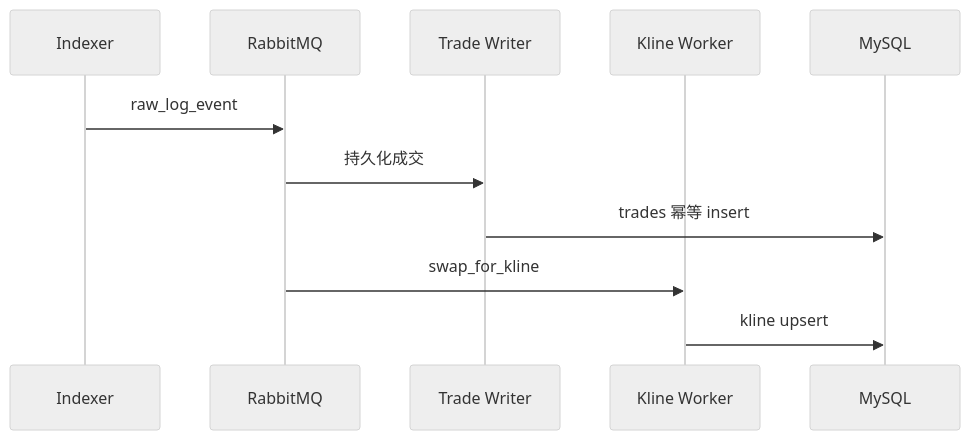
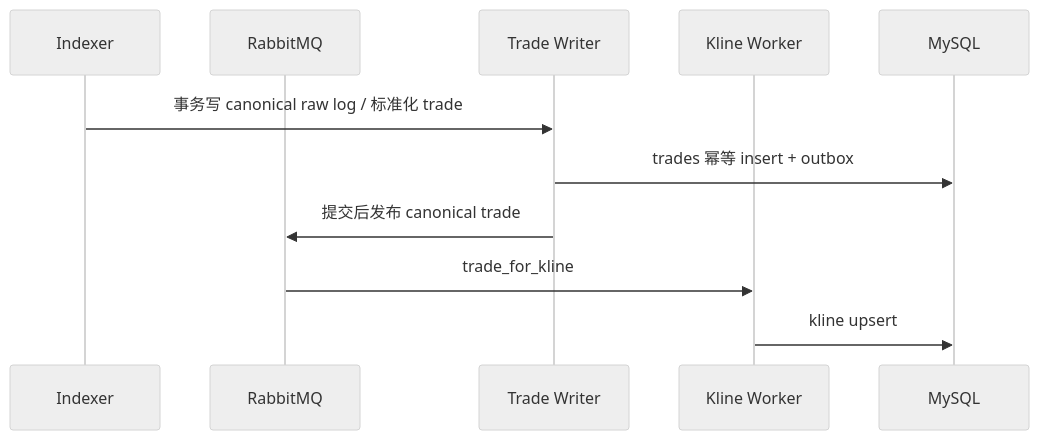
The second of 2 diagrams in docs/interview/14-dex-cex-engineering/S-EXCH-14-web3-exchange-fullstack-architecture.md (twodog-tt/Golang-development-manual), drawn with Mermaid (neutral theme) before and after one commit. The commit also changed other lines of this file and 438 other files, not shown here.

````diff
--- a/docs/interview/14-dex-cex-engineering/S-EXCH-14-web3-exchange-fullstack-architecture.md
+++ b/docs/interview/14-dex-cex-engineering/S-EXCH-14-web3-exchange-fullstack-architecture.md
@@ -111,13 +121,13 @@
 ```mermaid
 sequenceDiagram
   participant I as Indexer
   participant Q as RabbitMQ
   participant W as Trade Writer
   participant K as Kline Worker
   participant DB as MySQL
-  I->>Q: raw_log_event
-  Q->>W: 持久化成交
-  W->>DB: trades 幂等 insert
-  Q->>K: swap_for_kline
+  I->>W: 事务写 canonical raw log / 标准化 trade
+  W->>DB: trades 幂等 insert + outbox
+  W->>Q: 提交后发布 canonical trade
+  Q->>K: trade_for_kline
   K->>DB: kline upsert
 ```
````
